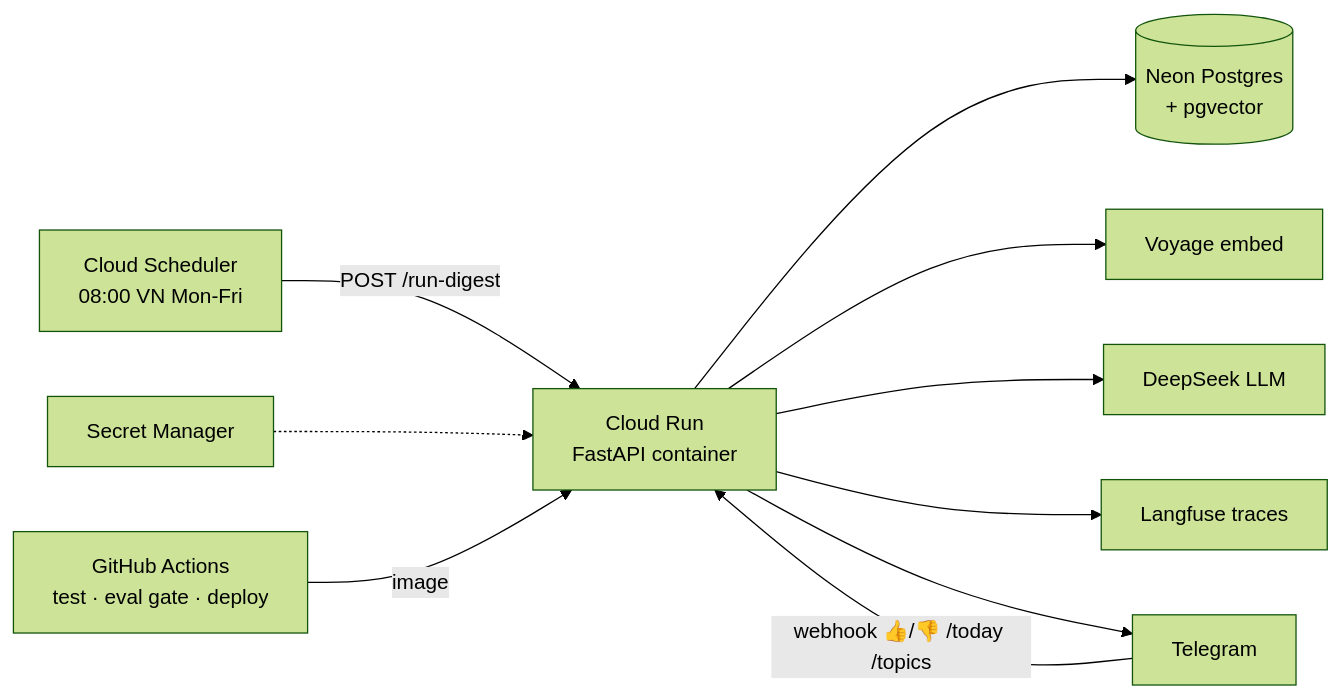
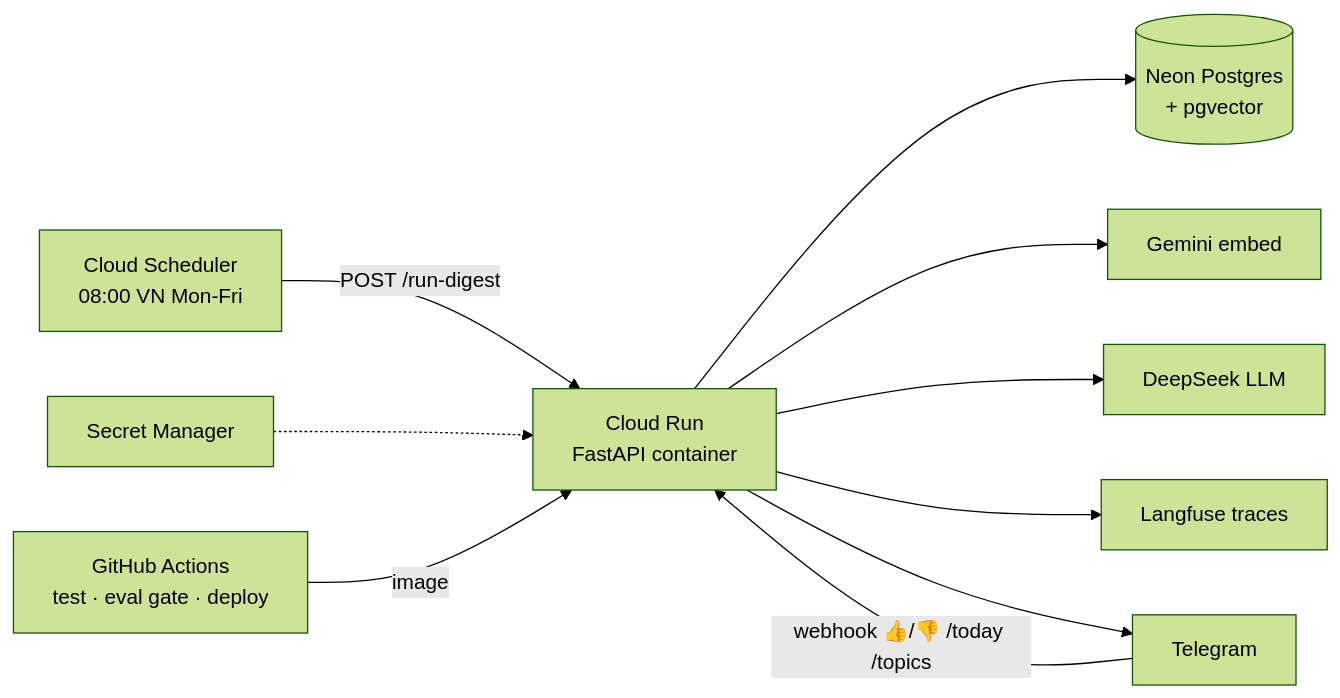
Before and after one commit to Matcry12/Newsloader: the second of 2 diagrams in docs/architecture.md, drawn with Mermaid (forest theme). The commit also changed other lines of this file and 16 other files, not shown here.

````diff
--- a/docs/architecture.md
+++ b/docs/architecture.md
@@ -19,12 +18,12 @@
 ```mermaid
 flowchart LR
     CS[Cloud Scheduler<br/>08:00 VN Mon-Fri] -->|POST /run-digest| CR
     TG[Telegram] -->|webhook 👍/👎 /today /topics| CR
     CR[Cloud Run<br/>FastAPI container] --> DB[(Neon Postgres<br/>+ pgvector)]
-    CR --> V[Voyage embed]
+    CR --> V[Gemini embed]
     CR --> D[DeepSeek LLM]
     CR --> LF[Langfuse traces]
     CR --> TG
     SM[Secret Manager] -.-> CR
     GH[GitHub Actions<br/>test · eval gate · deploy] -->|image| CR
 ```
````
